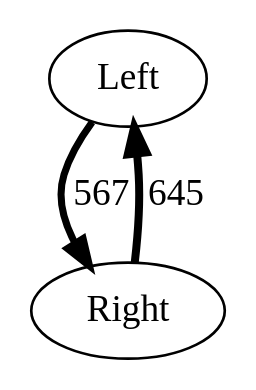
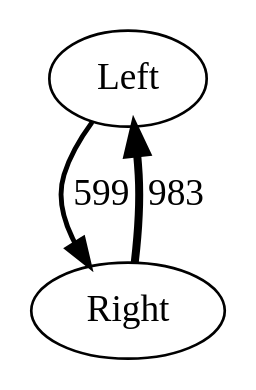
One commit to nicolkraus/AnalyzeBehavior changed the diagram in images/interactions.gv. Above: the diagram before and after it, drawn with Graphviz. The commit also changed 8 other files, not shown here.

```diff
--- a/images/interactions.gv
+++ b/images/interactions.gv
@@ -1,6 +1,6 @@
 strict digraph  {
 Left;
 Right;
-Left -> Right  [label=567, penwidth="2.6372093023255814"];
-Right -> Left  [label=645, penwidth="3.0"];
+Left -> Right  [label=599, penwidth="1.8280773143438453"];
+Right -> Left  [label=983, penwidth="3.0"];
 }
```
